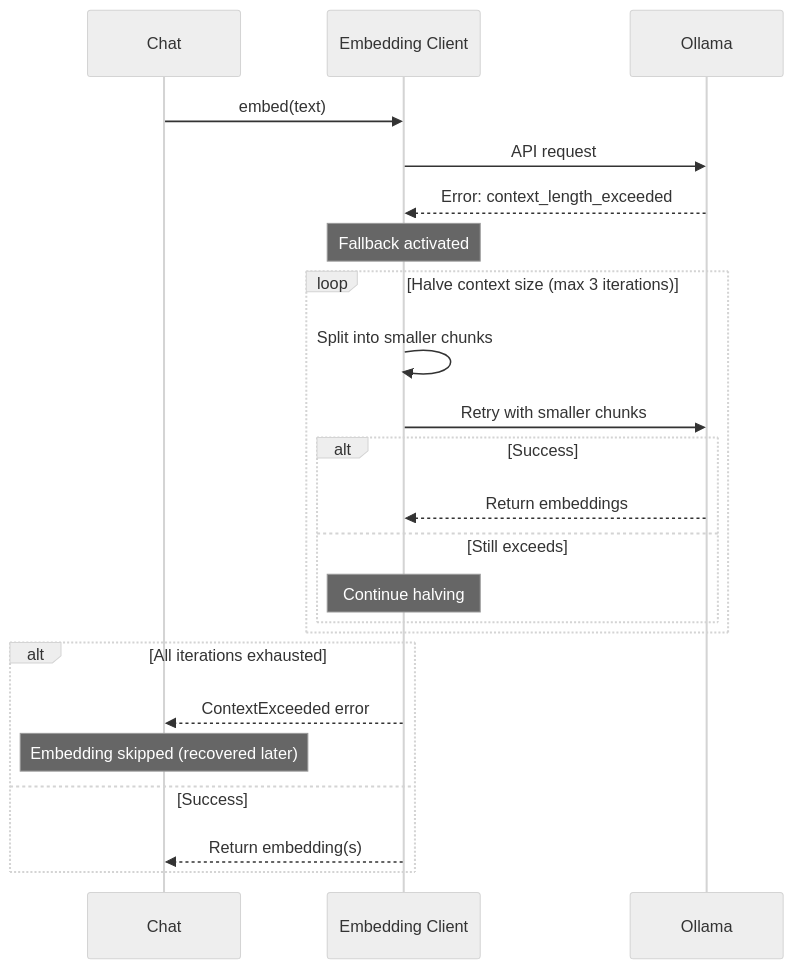
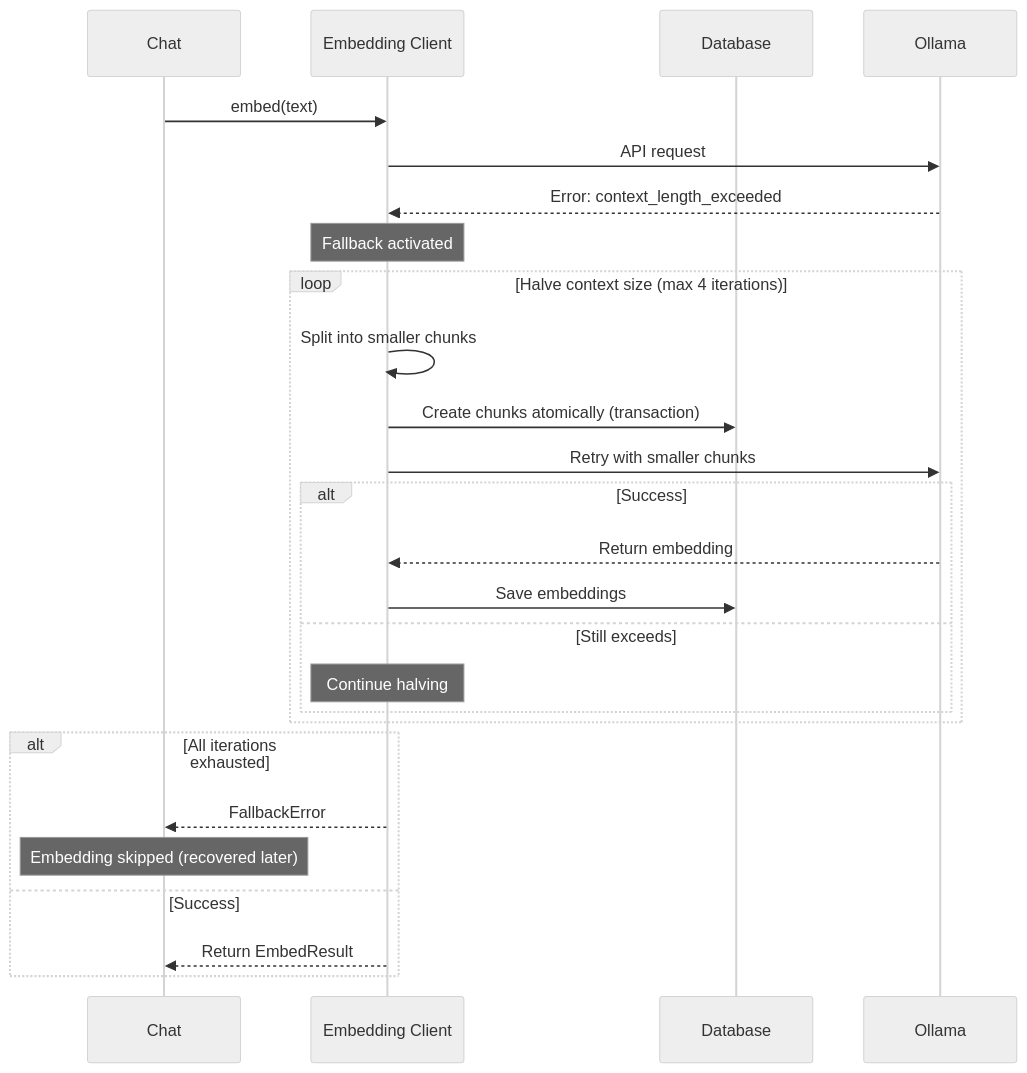
Before and after one commit to luksamuk/sprachspiel: the fourth of 7 diagrams in doc/src/development/memory-architecture.md, drawn with Mermaid (neutral theme). The commit also changed other lines of this file, not shown here.

First line of the commit message:
docs: update embedding fallback documentation for v0.37.2

````diff
--- a/doc/src/development/memory-architecture.md
+++ b/doc/src/development/memory-architecture.md
@@ -183,29 +183,32 @@
 ```mermaid
 sequenceDiagram
     participant Chat
     participant Embed as Embedding Client
+    participant DB as Database
     participant Ollama
     
     Chat->>Embed: embed(text)
     Embed->>Ollama: API request
     Ollama-->>Embed: Error: context_length_exceeded
     
     Note over Embed: Fallback activated
     
-    loop Halve context size (max 3 iterations)
+    loop Halve context size (max 4 iterations)
         Embed->>Embed: Split into smaller chunks
+        Embed->>DB: Create chunks atomically (transaction)
         Embed->>Ollama: Retry with smaller chunks
         alt Success
-            Ollama-->>Embed: Return embeddings
+            Ollama-->>Embed: Return embedding
+            Embed->>DB: Save embeddings
         else Still exceeds
             Note over Embed: Continue halving
         end
     end
     
     alt All iterations exhausted
-        Embed-->>Chat: ContextExceeded error
+        Embed-->>Chat: FallbackError
         Note over Chat: Embedding skipped (recovered later)
     else Success
-        Embed-->>Chat: Return embedding(s)
+        Embed-->>Chat: Return EmbedResult
     end
 ```
````
